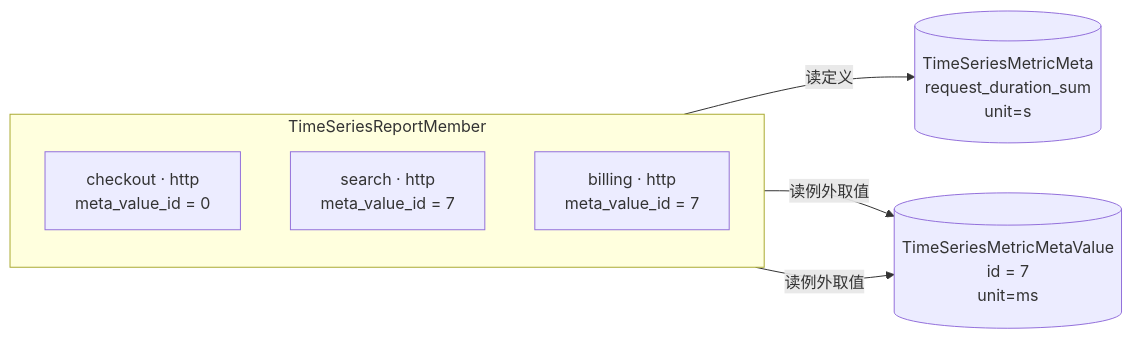
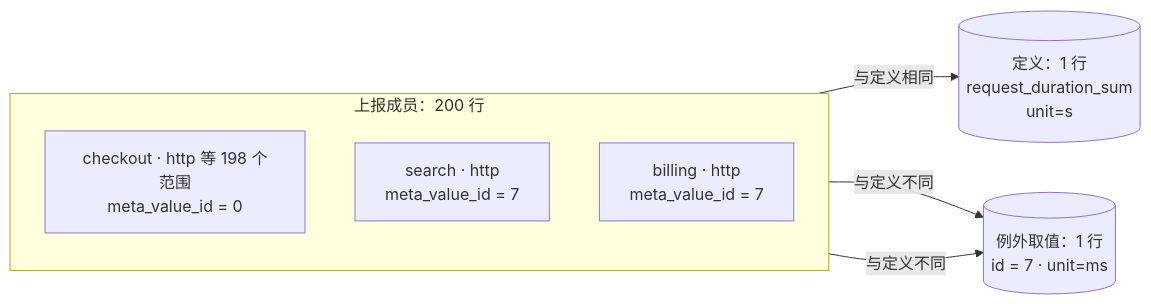
Before and after one commit to ZhuoZhuoCrayon/ai-workspace: the eighth of 34 diagrams in knowledge/bkmonitor/issues/2026-09-15-custom-metric-metadata/PLAN.md, drawn with Mermaid. The commit also changed other lines of this file and 4 other files, not shown here.

````diff
--- a/knowledge/bkmonitor/issues/2026-09-15-custom-metric-metadata/PLAN.md
+++ b/knowledge/bkmonitor/issues/2026-09-15-custom-metric-metadata/PLAN.md
@@ -405,14 +463,14 @@
 ```mermaid
 flowchart LR
-    subgraph Members["TimeSeriesReportMember"]
+    subgraph Members["上报成员：200 行"]
         direction TB
-        Checkout["checkout · http<br/>meta_value_id = 0"]
+        Checkout["checkout · http 等 198 个范围<br/>meta_value_id = 0"]
         Search["search · http<br/>meta_value_id = 7"]
         Billing["billing · http<br/>meta_value_id = 7"]
     end
-    Meta[("TimeSeriesMetricMeta<br/>request_duration_sum<br/>unit=s")]
-    Value[("TimeSeriesMetricMetaValue<br/>id = 7<br/>unit=ms")]
-    Checkout -->|"读定义"| Meta
-    Search -->|"读例外取值"| Value
-    Billing -->|"读例外取值"| Value
+    Meta[("定义：1 行<br/>request_duration_sum<br/>unit=s")]
+    Value[("例外取值：1 行<br/>id = 7 · unit=ms")]
+    Checkout -->|"与定义相同"| Meta
+    Search -->|"与定义不同"| Value
+    Billing -->|"与定义不同"| Value
 ```
````
